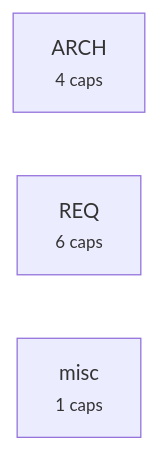
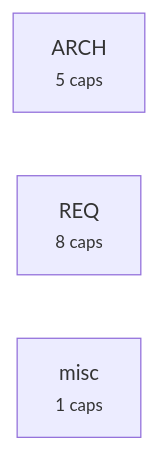
The fourth of 5 diagrams in plugin/requirements/_map.md (alxmax/excalidraw-diagram), drawn with Mermaid before and after one commit. The commit also changed other lines of this file and 30 other files, not shown here.

````diff
--- a/plugin/requirements/_map.md
+++ b/plugin/requirements/_map.md
@@ -91,6 +103,6 @@
 ```mermaid
 graph LR
-  a_ARCH["ARCH<br><small>4 caps</small>"]
-  a_REQ["REQ<br><small>6 caps</small>"]
+  a_ARCH["ARCH<br><small>5 caps</small>"]
+  a_REQ["REQ<br><small>8 caps</small>"]
   a_misc["misc<br><small>1 caps</small>"]
 ```
````
